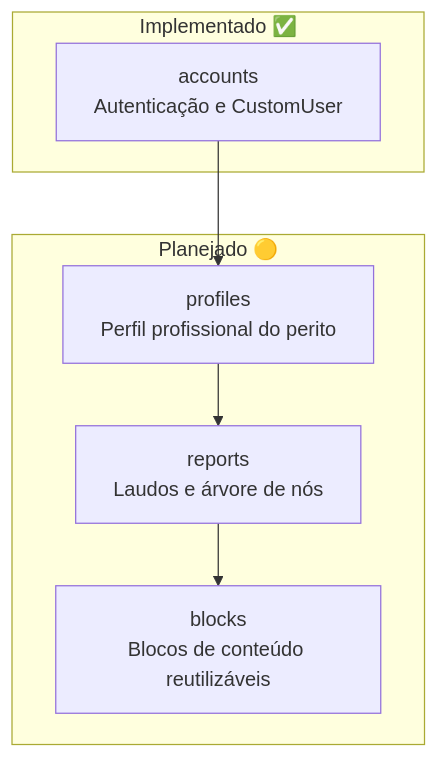
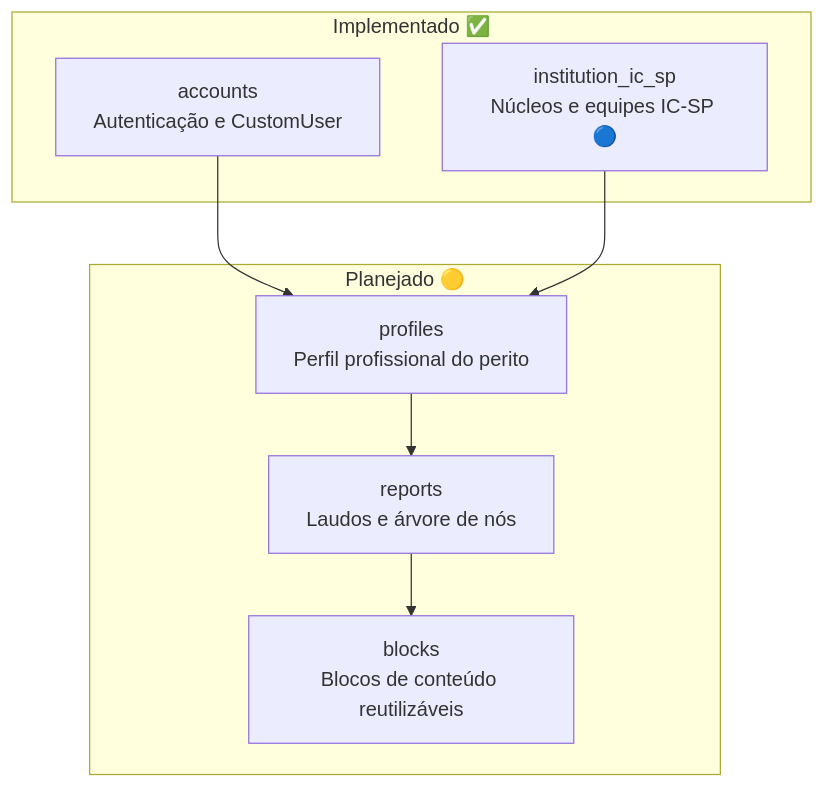
The first of 2 diagrams in docs/architecture/03-apps-map.md (PeritoCriminal/reportline), drawn with Mermaid before and after one commit. The commit also changed other lines of this file and 31 other files, not shown here.

First line of the commit message:
feat(institution_ic_sp): criar app com núcleos e equipes periciais do IC-SP

````diff
--- a/docs/architecture/03-apps-map.md
+++ b/docs/architecture/03-apps-map.md
@@ -8,16 +8,18 @@
 ```mermaid
 flowchart TB
     subgraph implemented ["Implementado ✅"]
         accounts["accounts<br/>Autenticação e CustomUser"]
+        institution_ic_sp["institution_ic_sp<br/>Núcleos e equipes IC-SP 🔵"]
     end
 
     subgraph planned ["Planejado 🟡"]
         profiles["profiles<br/>Perfil profissional do perito"]
         reports["reports<br/>Laudos e árvore de nós"]
         blocks["blocks<br/>Blocos de conteúdo reutilizáveis"]
     end
 
     accounts --> profiles
+    institution_ic_sp --> profiles
     profiles --> reports
     reports --> blocks
 ```
````
